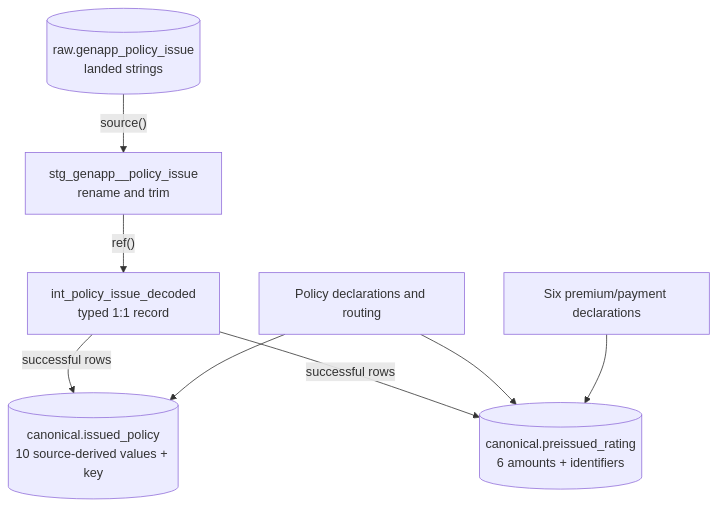
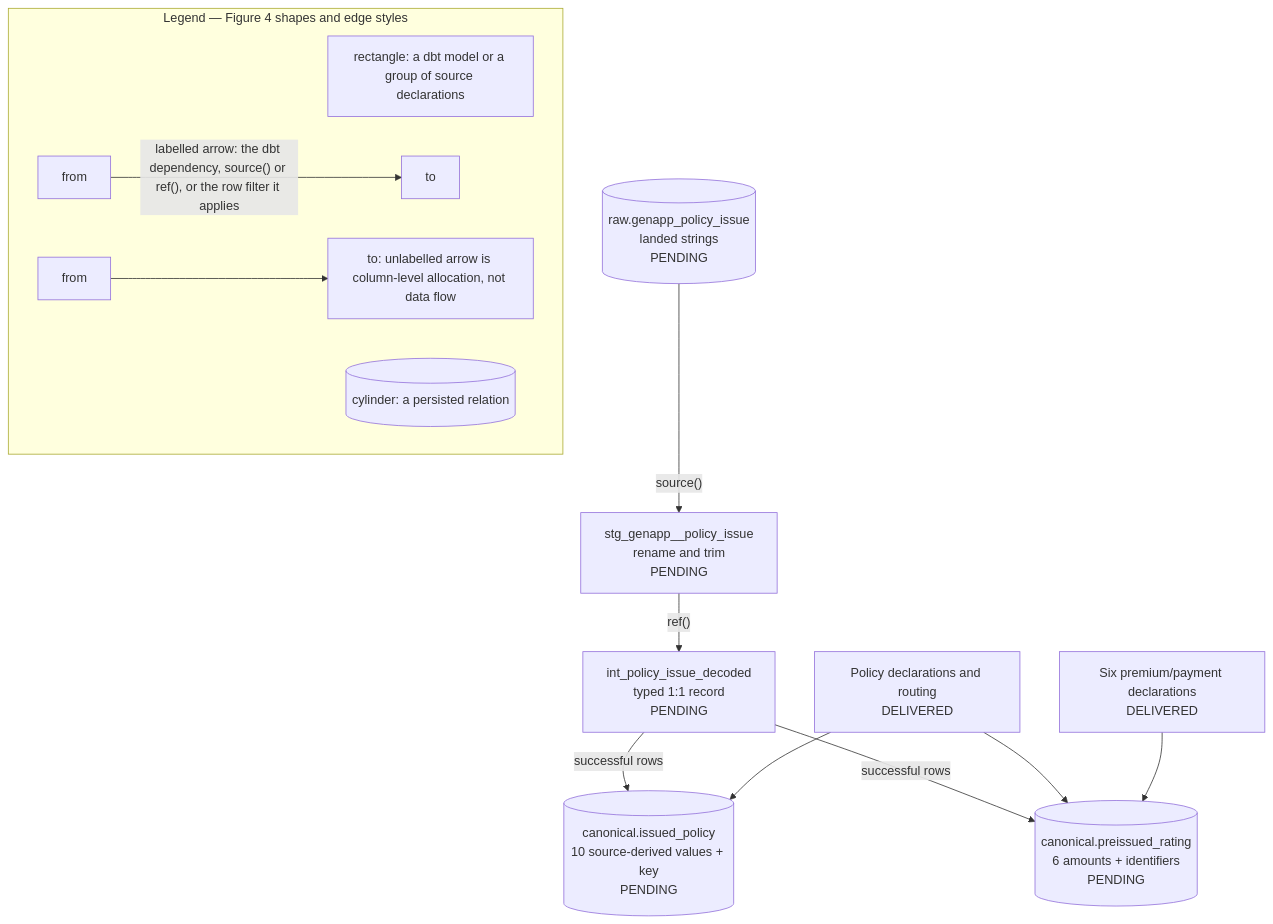
Before and after one commit to blitzy-public-samples/cics-genapp-cobrix: the fourth of 5 diagrams in modernization/docs/architecture.md, drawn with Mermaid. The commit also changed other lines of this file and 14 other files, not shown here.

````diff
--- a/modernization/docs/architecture.md
+++ b/modernization/docs/architecture.md
@@ -188,18 +285,26 @@
 ```mermaid
 flowchart TD
-    RAW[("raw.genapp_policy_issue<br/>landed strings")]
-    STG["stg_genapp__policy_issue<br/>rename and trim"]
-    INT["int_policy_issue_decoded<br/>typed 1:1 record"]
-    IP[("canonical.issued_policy<br/>10 source-derived values + key")]
-    PR[("canonical.preissued_rating<br/>6 amounts + identifiers")]
-    POLICY["Policy declarations and routing"]
-    AMOUNTS["Six premium/payment declarations"]
+    RAW[("raw.genapp_policy_issue<br/>landed strings<br/>PENDING")]
+    STG["stg_genapp__policy_issue<br/>rename and trim<br/>PENDING"]
+    INT["int_policy_issue_decoded<br/>typed 1:1 record<br/>PENDING"]
+    IP[("canonical.issued_policy<br/>10 source-derived values + key<br/>PENDING")]
+    PR[("canonical.preissued_rating<br/>6 amounts + identifiers<br/>PENDING")]
+    POLICY["Policy declarations and routing<br/>DELIVERED"]
+    AMOUNTS["Six premium/payment declarations<br/>DELIVERED"]
 
     RAW -->|"source()"| STG
     STG -->|"ref()"| INT
     INT -->|"successful rows"| IP
     INT -->|"successful rows"| PR
     POLICY --> IP
     POLICY --> PR
     AMOUNTS --> PR
+
+    subgraph LEGEND4["Legend — Figure 4 shapes and edge styles"]
+        direction LR
+        L4A["rectangle: a dbt model or a group of source declarations"]
+        L4B[("cylinder: a persisted relation")]
+        L4C["from"] -->|"labelled arrow: the dbt dependency, source() or ref(), or the row filter it applies"| L4D["to"]
+        L4E["from"] --> L4F["to: unlabelled arrow is column-level allocation, not data flow"]
+    end
 ```
````
